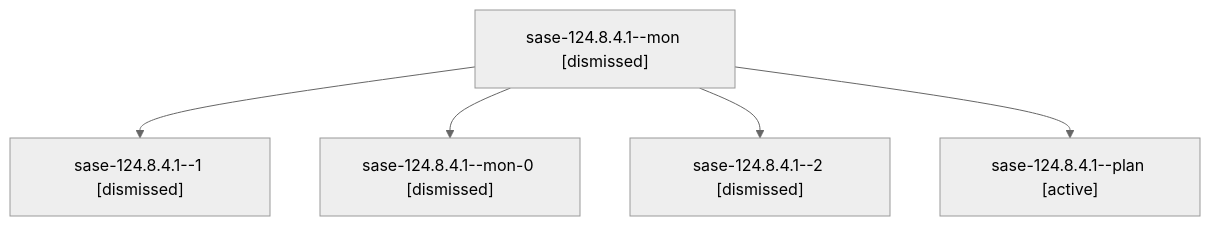
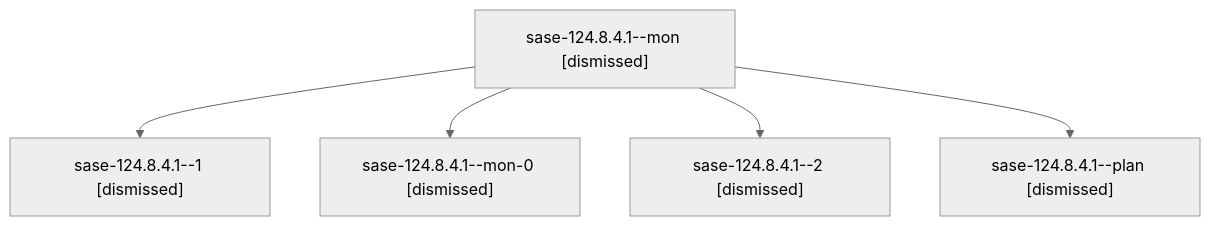
Before and after one commit to sase-org/sase--agents: the diagram in sessions/bbugyi200.athena.sase-124.8.4.1.md, drawn with Mermaid (neutral theme). The commit also changed other lines of this file and 198 other files, not shown here.

````diff
--- a/sessions/bbugyi200.athena.sase-124.8.4.1.md
+++ b/sessions/bbugyi200.athena.sase-124.8.4.1.md
@@ -9,12 +9,12 @@
 ```mermaid
 flowchart TD
   n0["sase-124.8.4.1--mon [dismissed]"]
   n1["sase-124.8.4.1--1 [dismissed]"]
   n0 --> n1
   n2["sase-124.8.4.1--mon-0 [dismissed]"]
   n0 --> n2
   n3["sase-124.8.4.1--2 [dismissed]"]
   n0 --> n3
-  n4["sase-124.8.4.1--plan [active]"]
+  n4["sase-124.8.4.1--plan [dismissed]"]
   n0 --> n4
 ```
````
